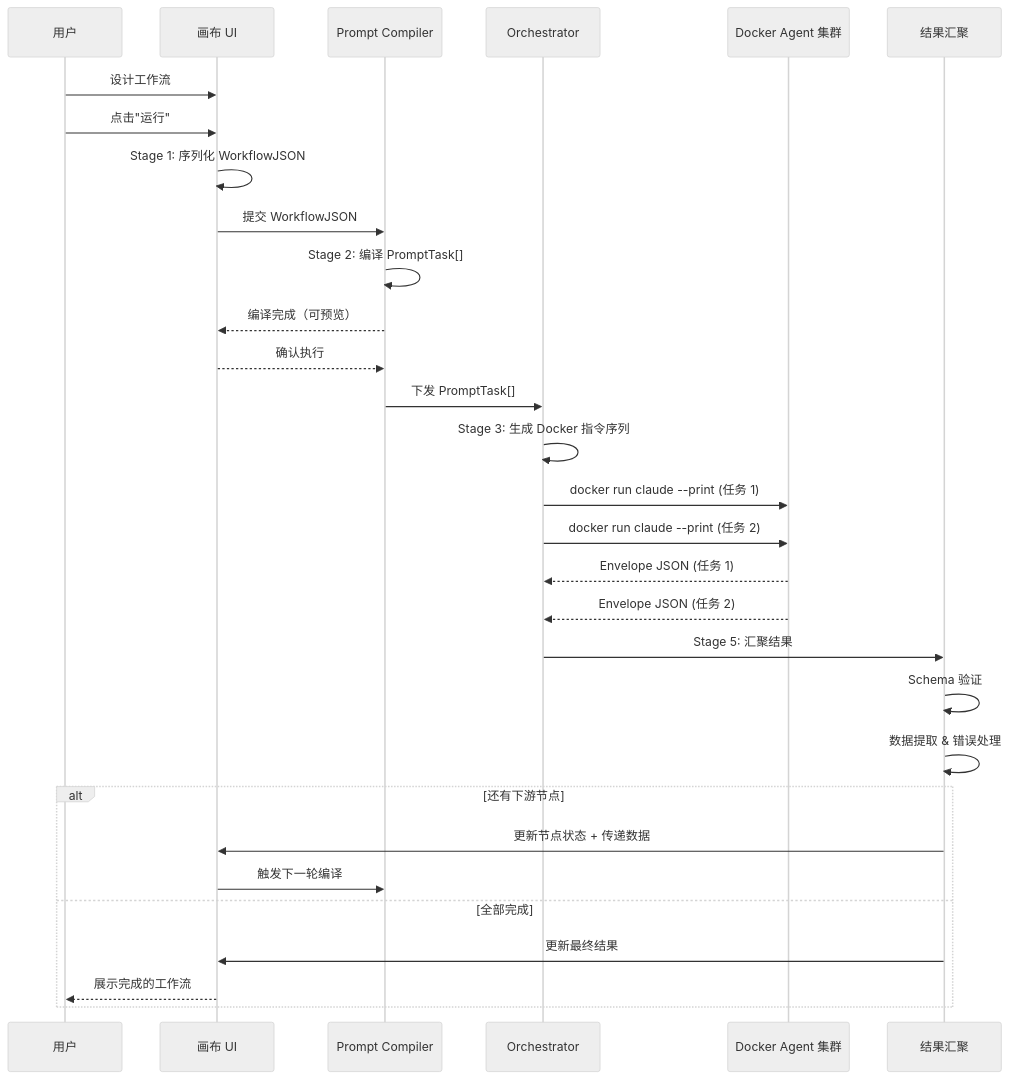
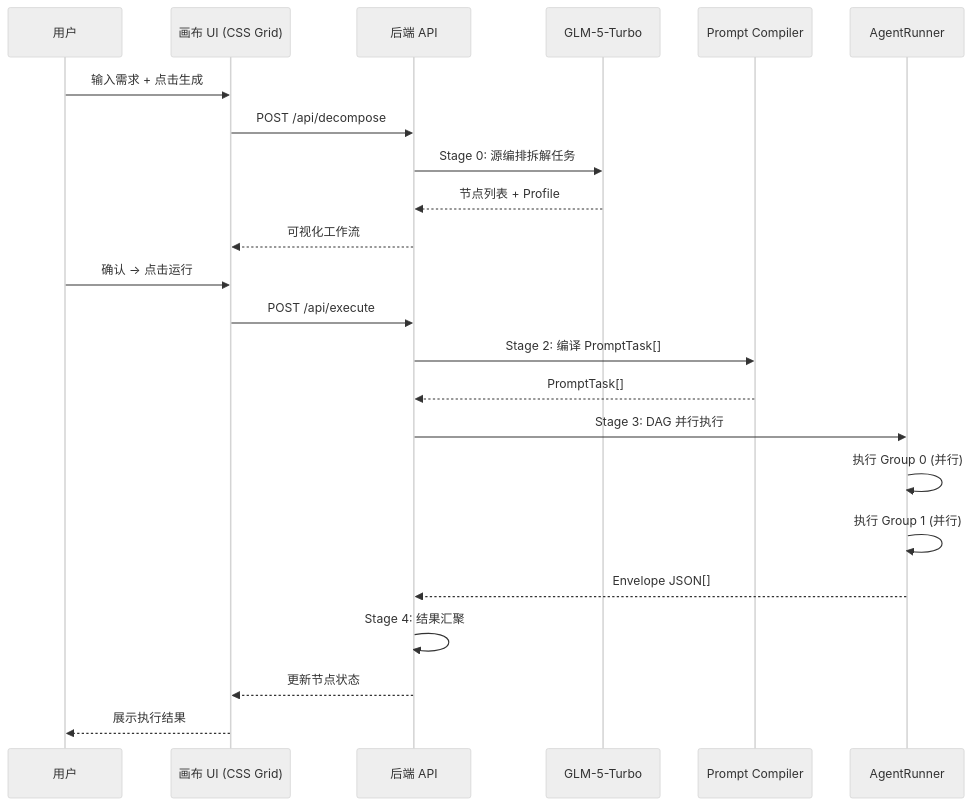
One commit to LuweiLiao/agentflow changed the third of 3 diagrams in 02-system-architecture/02.1-core-pipeline.md. Above: the diagram before and after it, drawn with Mermaid (neutral theme). The commit also changed other lines of this file and 34 other files, not shown here.

````diff
--- a/02-system-architecture/02.1-core-pipeline.md
+++ b/02-system-architecture/02.1-core-pipeline.md
@@ -317,38 +372,29 @@
 ```mermaid
 sequenceDiagram
     participant User as 用户
-    participant Canvas as 画布 UI
+    participant Canvas as 画布 UI (CSS Grid)
+    participant API as 后端 API
+    participant GLM as GLM-5-Turbo
     participant Compiler as Prompt Compiler
-    participant Orc as Orchestrator
-    participant Docker as Docker Agent 集群
-    participant Merge as 结果汇聚
+    participant Runner as AgentRunner
 
-    User->>Canvas: 设计工作流
-    User->>Canvas: 点击"运行"
-    Canvas->>Canvas: Stage 1: 序列化 WorkflowJSON
-    Canvas->>Compiler: 提交 WorkflowJSON
-    
-    Compiler->>Compiler: Stage 2: 编译 PromptTask[]
-    Compiler-->>Canvas: 编译完成（可预览）
-    Canvas-->>Compiler: 确认执行
-    Compiler->>Orc: 下发 PromptTask[]
-    
-    Orc->>Orc: Stage 3: 生成 Docker 指令序列
-    Orc->>Docker: docker run claude --print (任务 1)
-    Orc->>Docker: docker run claude --print (任务 2)
-    
-    Docker-->>Orc: Envelope JSON (任务 1)
-    Docker-->>Orc: Envelope JSON (任务 2)
-    
-    Orc->>Merge: Stage 5: 汇聚结果
-    Merge->>Merge: Schema 验证
-    Merge->>Merge: 数据提取 & 错误处理
-    
-    alt 还有下游节点
-        Merge->>Canvas: 更新节点状态 + 传递数据
-        Canvas->>Compiler: 触发下一轮编译
-    else 全部完成
-        Merge->>Canvas: 更新最终结果
-        Canvas-->>User: 展示完成的工作流
-    end
+    User->>Canvas: 输入需求 + 点击生成
+    Canvas->>API: POST /api/decompose
+    API->>GLM: Stage 0: 源编排拆解任务
+    GLM-->>API: 节点列表 + Profile
+    API-->>Canvas: 可视化工作流
+    User->>Canvas: 确认 → 点击运行
+    Canvas->>API: POST /api/execute
+
+    API->>Compiler: Stage 2: 编译 PromptTask[]
+    Compiler-->>API: PromptTask[]
+
+    API->>Runner: Stage 3: DAG 并行执行
+    Runner->>Runner: 执行 Group 0 (并行)
+    Runner->>Runner: 执行 Group 1 (并行)
+    Runner-->>API: Envelope JSON[]
+
+    API->>API: Stage 4: 结果汇聚
+    API-->>Canvas: 更新节点状态
+    Canvas-->>User: 展示执行结果
 ```
````
